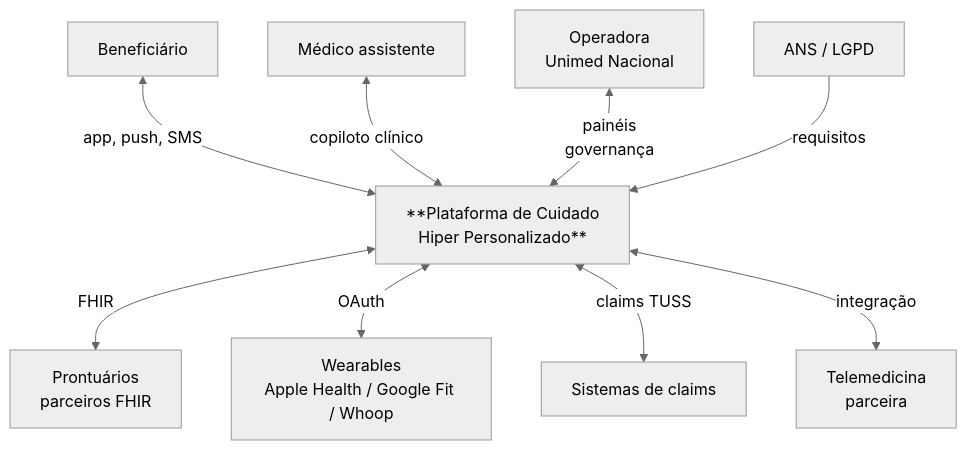
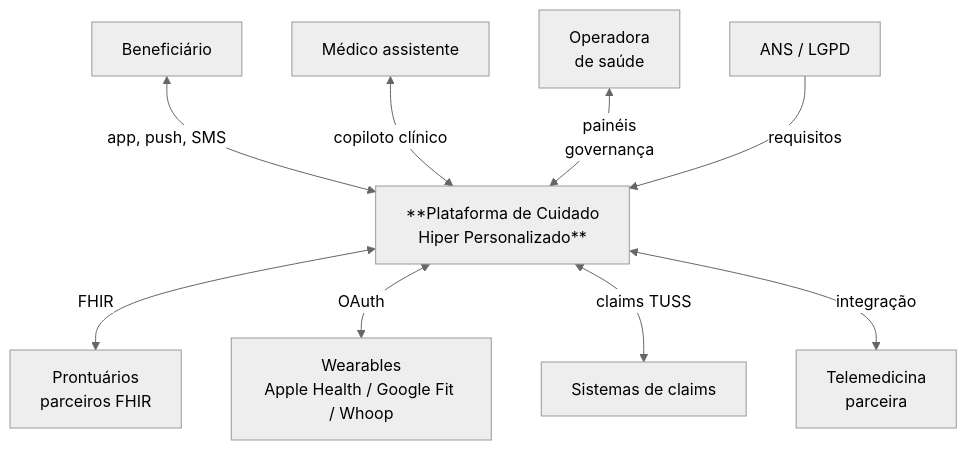
One commit to AhrendsW/hiper-personalizacao-saude changed the second of 2 diagrams in docs/02-arquitetura.md. Above: the diagram before and after it, drawn with Mermaid (neutral theme). The commit also changed 6 other files, not shown here.

````diff
--- a/docs/02-arquitetura.md
+++ b/docs/02-arquitetura.md
@@ -67,23 +67,23 @@
 ```mermaid
 flowchart TB
     BEN[Beneficiário]
     MED[Médico assistente]
-    OPER[Operadora<br/>Unimed Nacional]
+    OPER[Operadora<br/>de saúde]
     REG[ANS / LGPD]
 
     SYS[**Plataforma de Cuidado<br/>Hiper Personalizado**]
 
     EHR[Prontuários<br/>parceiros FHIR]
     WEAR[Wearables<br/>Apple Health / Google Fit / Whoop]
     PAY[Sistemas de claims]
     TELE[Telemedicina<br/>parceira]
 
     BEN <-->|app, push, SMS| SYS
     MED <-->|copiloto clínico| SYS
     OPER <-->|painéis<br/>governança| SYS
     REG -->|requisitos| SYS
     SYS <-->|FHIR| EHR
     SYS <-->|OAuth| WEAR
     SYS <-->|claims TUSS| PAY
     SYS <-->|integração| TELE
 ```
````
